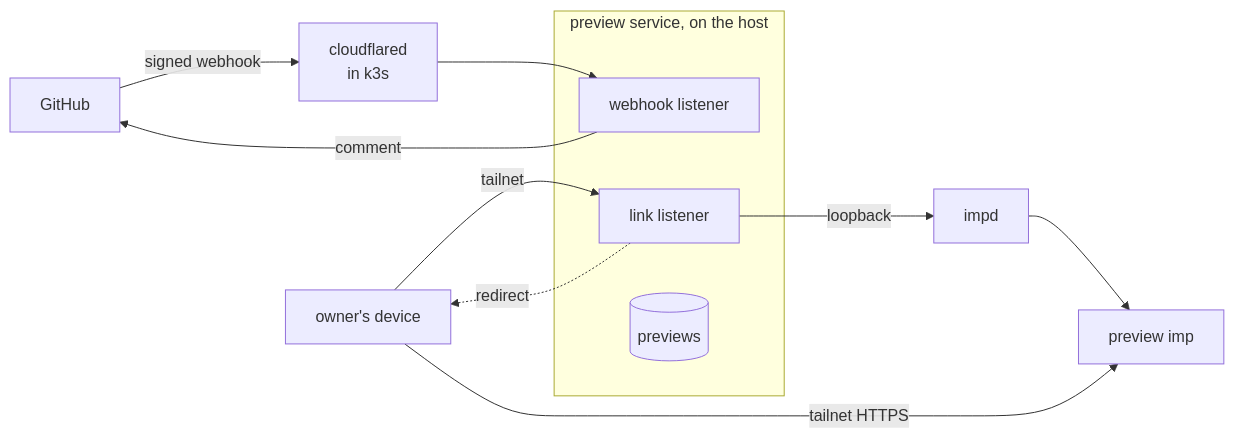
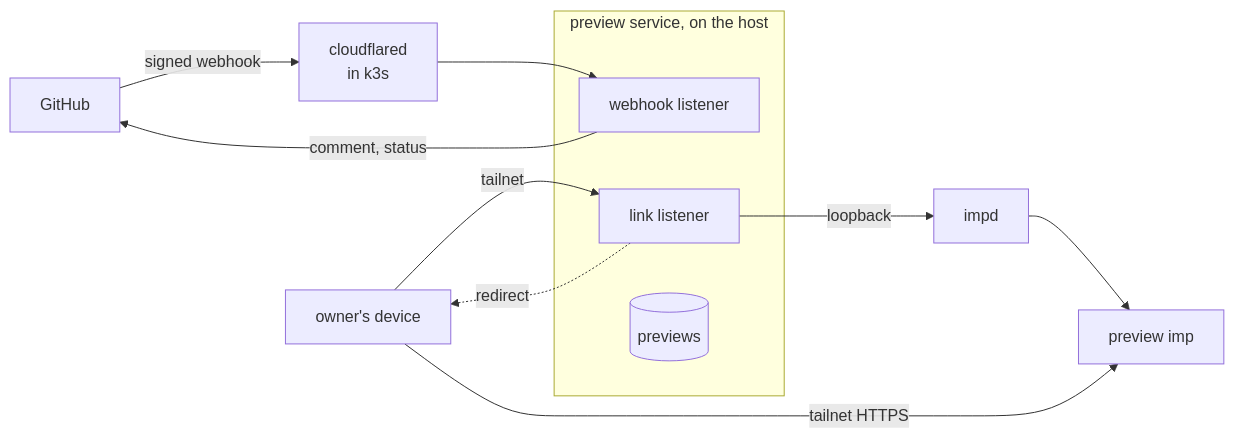
The first of 2 diagrams in docs/architecture/workloads/preview.md (zgeoff/cloud), drawn with Mermaid before and after one commit. The commit also changed other lines of this file and 39 other files, not shown here.

````diff
--- a/docs/architecture/workloads/preview.md
+++ b/docs/architecture/workloads/preview.md
@@ -13,16 +15,16 @@
 ```mermaid
 flowchart LR
   GH["GitHub"] -->|"signed webhook"| CF["cloudflared<br>in k3s"]
   CF --> WH["webhook listener"]
   D["owner's device"] -->|"tailnet"| LK["link listener"]
   subgraph S["preview service, on the host"]
     WH
     LK
     DB[("previews")]
   end
-  WH -->|"comment"| GH
+  WH -->|"comment, status"| GH
   LK -->|"loopback"| IMPD["impd"]
   IMPD --> P["preview imp"]
   LK -.->|"redirect"| D
   D -->|"tailnet HTTPS"| P
 ```
````
